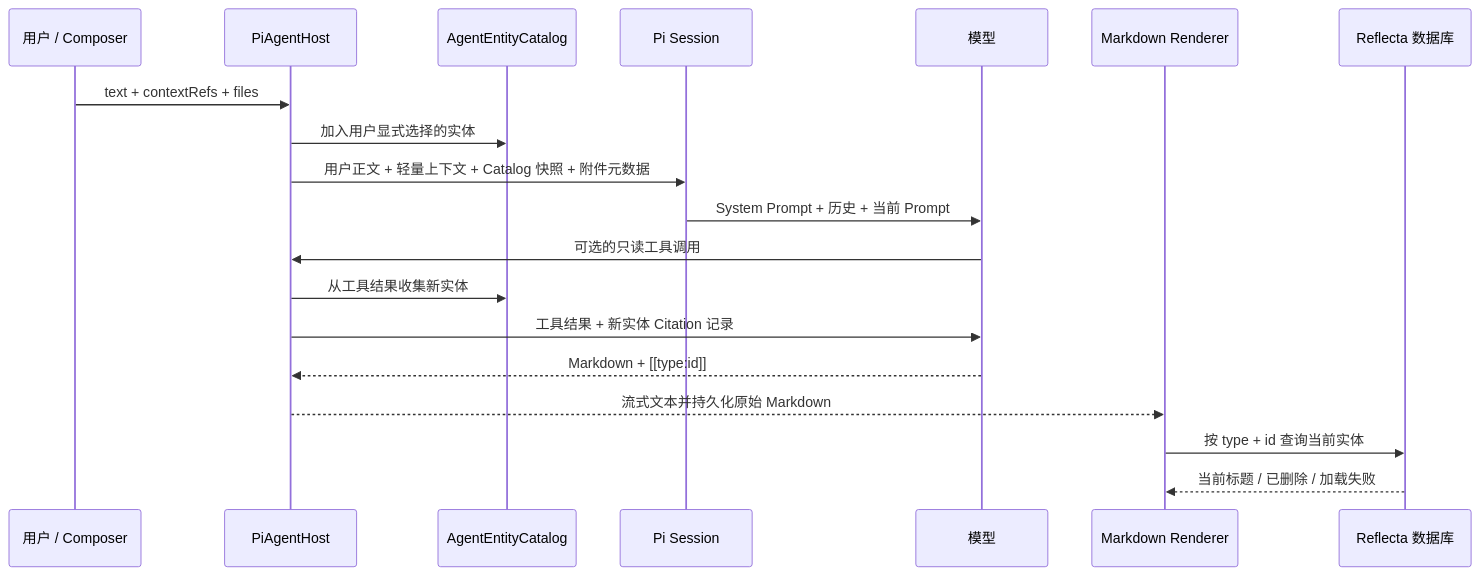
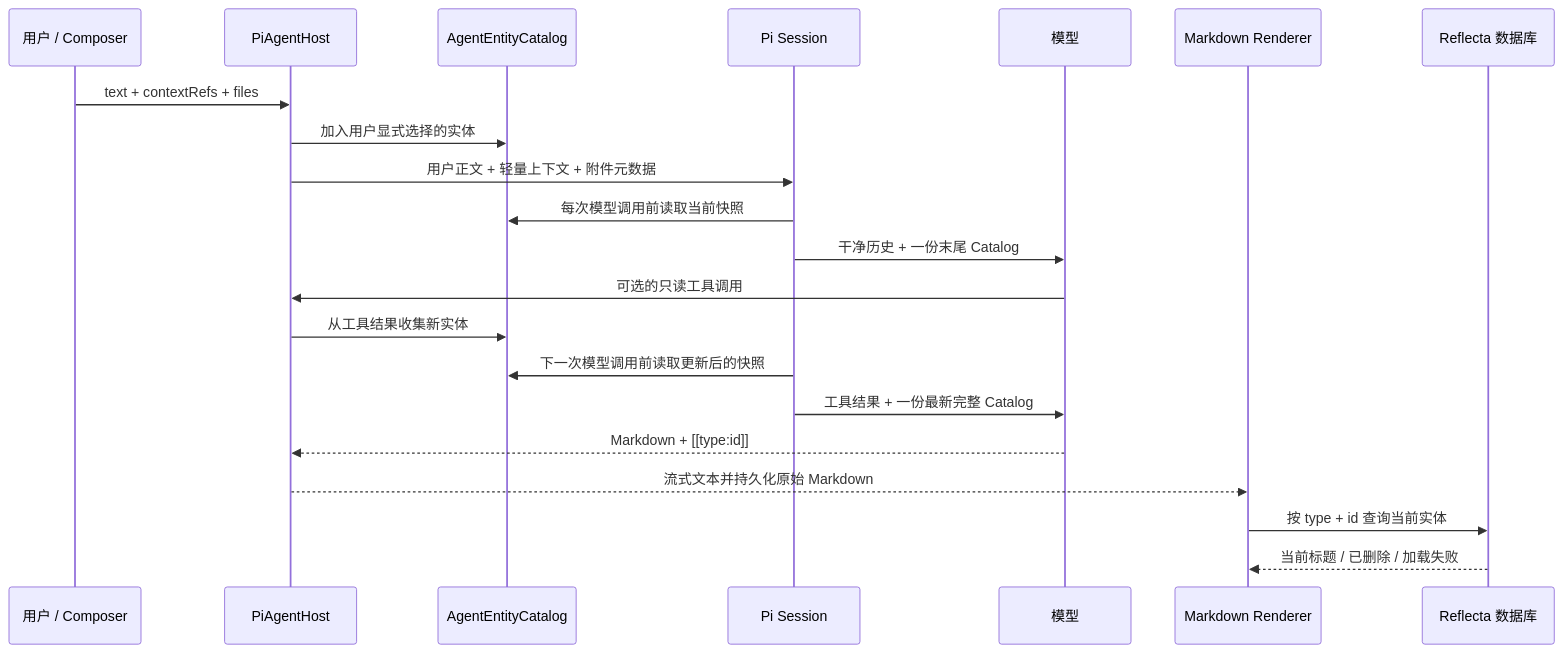
Before and after one commit to Floribunda1/reflecta: the second of 3 diagrams in docs/references/technical/biz/agent/citation.md, drawn with Mermaid. The commit also changed other lines of this file and 11 other files, not shown here.

Commit message:
feat(agent): project entity catalog into model context

````diff
--- a/docs/references/technical/biz/agent/citation.md
+++ b/docs/references/technical/biz/agent/citation.md
@@ -94,22 +94,24 @@
 ```mermaid
 sequenceDiagram
   participant User as 用户 / Composer
   participant Host as PiAgentHost
   participant Catalog as AgentEntityCatalog
   participant Pi as Pi Session
   participant Model as 模型
   participant UI as Markdown Renderer
   participant DB as Reflecta 数据库
 
   User->>Host: text + contextRefs + files
   Host->>Catalog: 加入用户显式选择的实体
-  Host->>Pi: 用户正文 + 轻量上下文 + Catalog 快照 + 附件元数据
-  Pi->>Model: System Prompt + 历史 + 当前 Prompt
+  Host->>Pi: 用户正文 + 轻量上下文 + 附件元数据
+  Pi->>Catalog: 每次模型调用前读取当前快照
+  Pi->>Model: 干净历史 + 一份末尾 Catalog
   Model->>Host: 可选的只读工具调用
   Host->>Catalog: 从工具结果收集新实体
-  Host->>Model: 工具结果 + 新实体 Citation 记录
+  Pi->>Catalog: 下一次模型调用前读取更新后的快照
+  Pi->>Model: 工具结果 + 一份最新完整 Catalog
   Model-->>Host: Markdown + [[type:id]]
   Host-->>UI: 流式文本并持久化原始 Markdown
   UI->>DB: 按 type + id 查询当前实体
   DB-->>UI: 当前标题 / 已删除 / 加载失败
 ```
````
